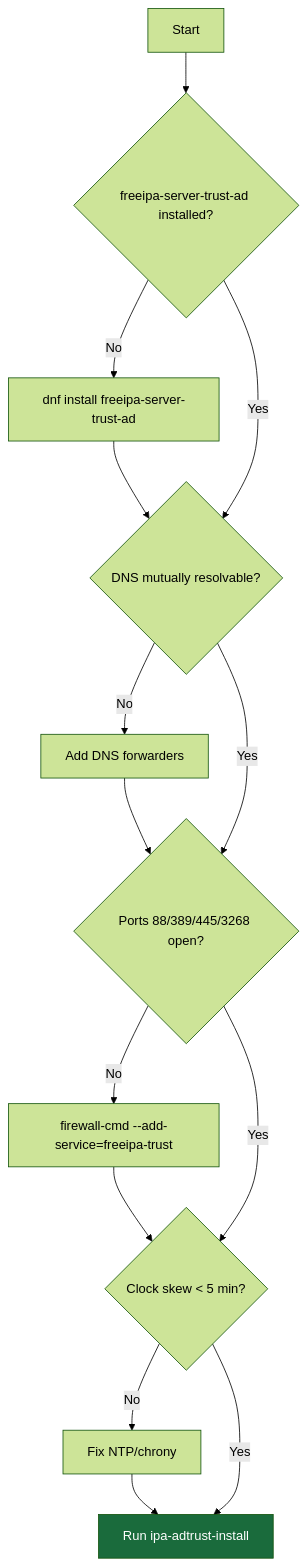
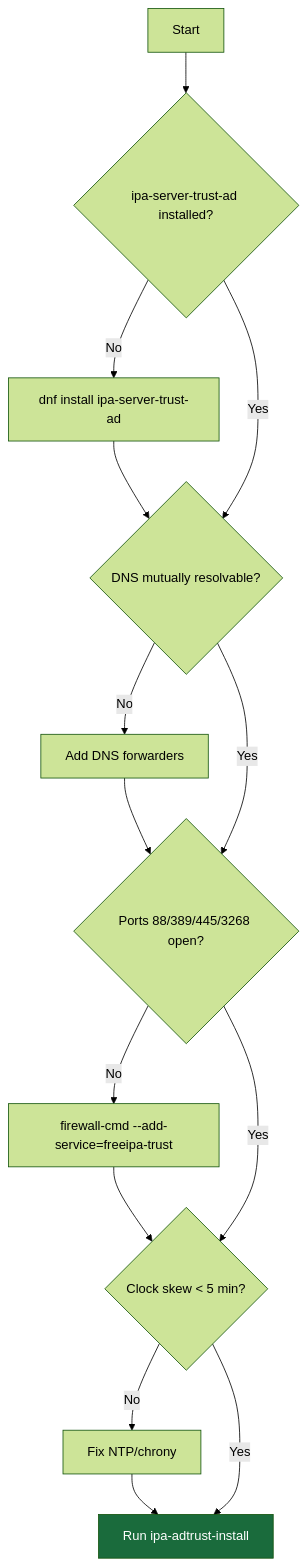
One commit to UncleJS/course_FreeIPA changed the fifth of 15 diagrams in 11_ad_trust.md. Above: the diagram before and after it, drawn with Mermaid (forest theme). The commit also changed other lines of this file and 17 other files, not shown here.

````diff
--- a/11_ad_trust.md
+++ b/11_ad_trust.md
@@ -239,13 +239,13 @@
 ```mermaid
 flowchart TD
-    A[Start] --> B{freeipa-server-trust-ad installed?}
-    B -- No --> B1[dnf install freeipa-server-trust-ad] --> C
+    A[Start] --> B{ipa-server-trust-ad installed?}
+    B -- No --> B1[dnf install ipa-server-trust-ad] --> C
     B -- Yes --> C{DNS mutually resolvable?}
     C -- No --> C1[Add DNS forwarders] --> D
     C -- Yes --> D{Ports 88/389/445/3268 open?}
     D -- No --> D1[firewall-cmd --add-service=freeipa-trust] --> E
     D -- Yes --> E{Clock skew < 5 min?}
     E -- No --> E1[Fix NTP/chrony] --> F
     E -- Yes --> F[Run ipa-adtrust-install]
     style F fill:#1a6b3c,color:#fff
 ```
````
